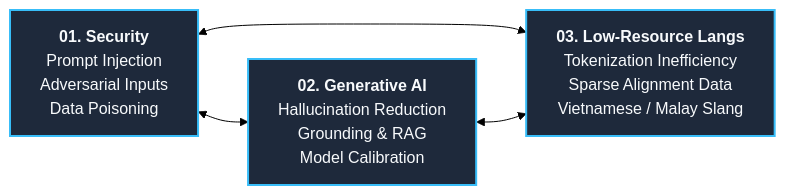
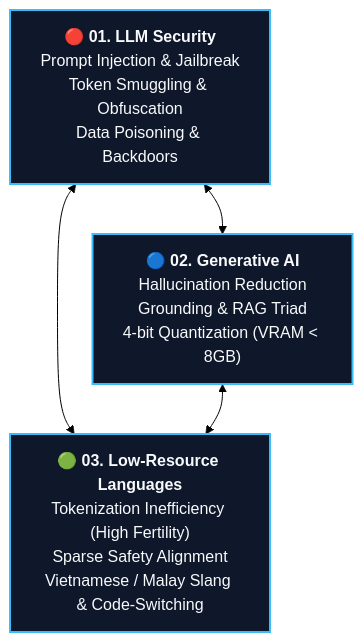
The first of 3 diagrams in hackathon-rmit-2026/README.md (161seconds/revision-document), drawn with Mermaid (forest theme) before and after one commit. The commit also changed other lines of this file and 1 other file, not shown here.

````diff
--- a/hackathon-rmit-2026/README.md
+++ b/hackathon-rmit-2026/README.md
@@ -37,13 +60,13 @@
 ```mermaid
-flowchart LR
-    Sec["<b>01. Security</b><br/>Prompt Injection<br/>Adversarial Inputs<br/>Data Poisoning"]
-    GenAI["<b>02. Generative AI</b><br/>Hallucination Reduction<br/>Grounding & RAG<br/>Model Calibration"]
-    LRL["<b>03. Low-Resource Langs</b><br/>Tokenization Inefficiency<br/>Sparse Alignment Data<br/>Vietnamese / Malay Slang"]
+flowchart TD
+    Sec["<b>🔴 01. LLM Security</b><br/>Prompt Injection & Jailbreak<br/>Token Smuggling & Obfuscation<br/>Data Poisoning & Backdoors"]
+    GenAI["<b>🔵 02. Generative AI</b><br/>Hallucination Reduction<br/>Grounding & RAG Triad<br/>4-bit Quantization (VRAM < 8GB)"]
+    LRL["<b>🟢 03. Low-Resource Languages</b><br/>Tokenization Inefficiency (High Fertility)<br/>Sparse Safety Alignment<br/>Vietnamese / Malay Slang & Code-Switching"]
 
     Sec <--> LRL
     GenAI <--> LRL
     Sec <--> GenAI
 
-    classDef core fill:#1e293b,stroke:#38bdf8,stroke-width:2px,color:#f8fafc;
+    classDef core fill:#0f172a,stroke:#38bdf8,stroke-width:2px,color:#f8fafc;
     class Sec,GenAI,LRL core;
 ```
````
